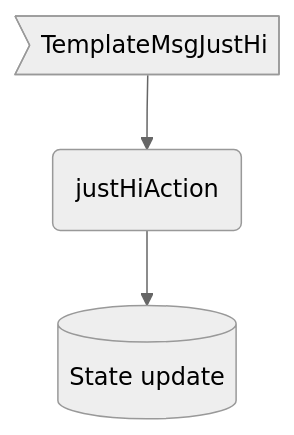
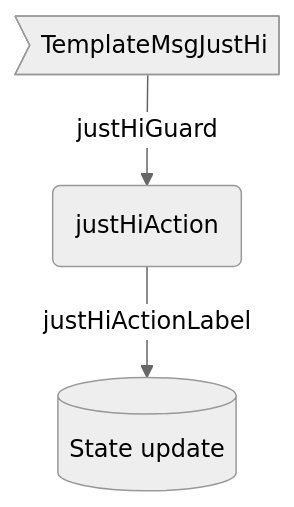
One commit to anoma/nspec changed the first of 2 diagrams in docs/arch/node/engines/template_behaviour.juvix.md. Above: the diagram before and after it, drawn with Mermaid (neutral theme). The commit also changed other lines of this file, not shown here.

Commit message:
template: diagrams

````diff
--- a/docs/arch/node/engines/template_behaviour.juvix.md
+++ b/docs/arch/node/engines/template_behaviour.juvix.md
@@ -464,8 +464,8 @@
 ```mermaid
 flowchart TD
   CM>TemplateMsgJustHi]
   A(justHiAction)
   ES[(State update)]
 
-  CM --> A --> ES
+  CM --justHiGuard--> A --justHiActionLabel--> ES
 ```
````
